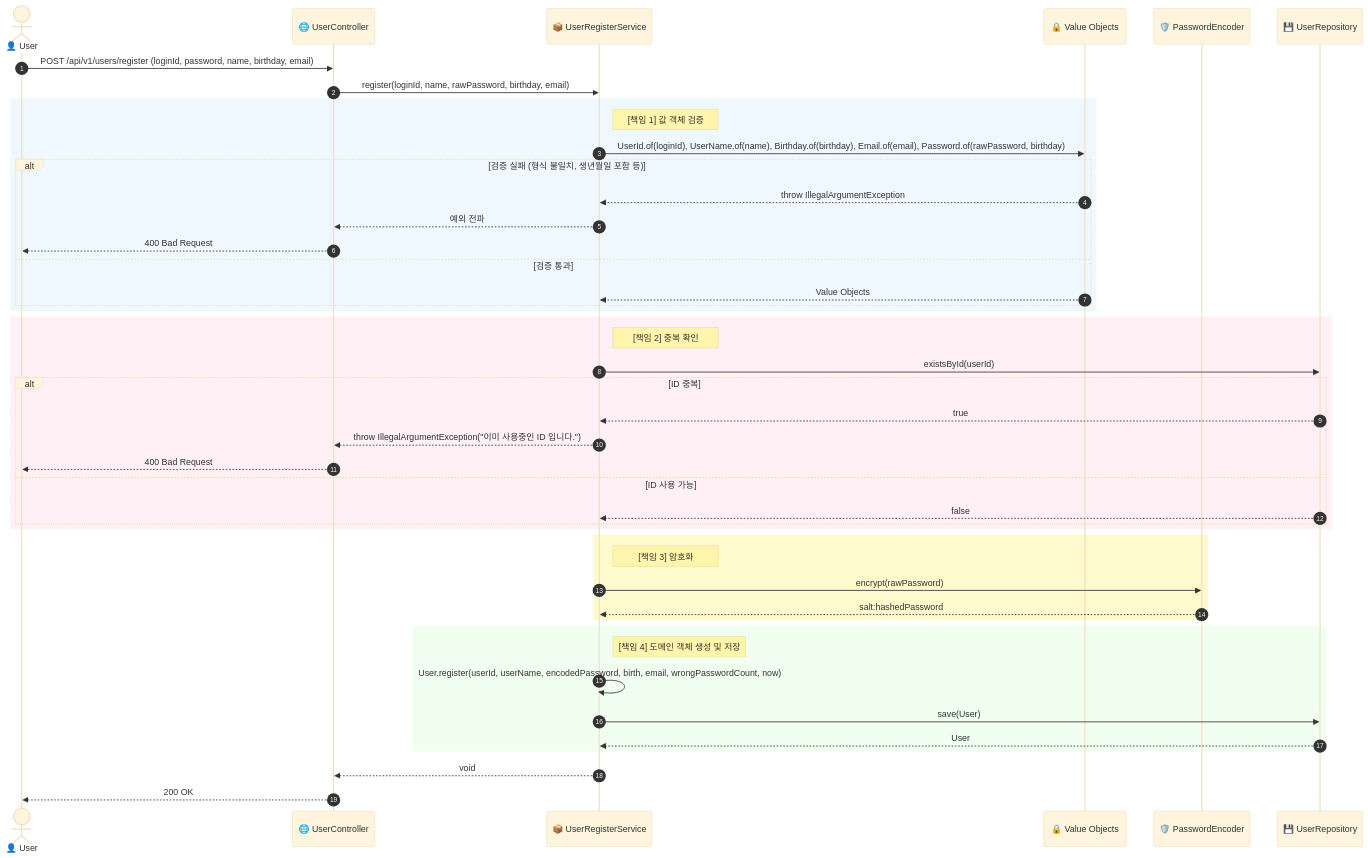
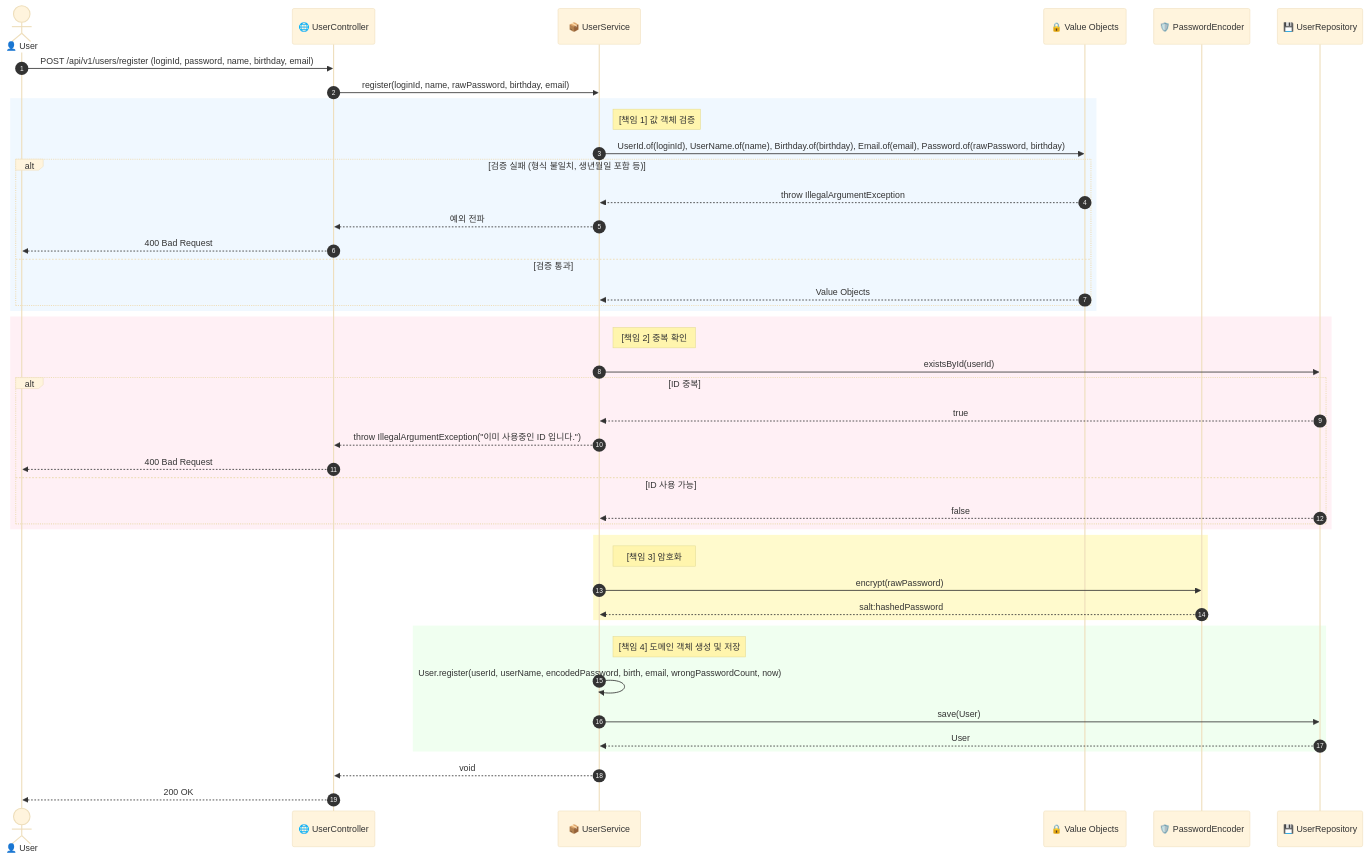
One commit to ukukdin/loop-pack-be-l2-vol3-java changed the first of 9 diagrams in .docs/design/02-sequence-diagrams.md. Above: the diagram before and after it, drawn with Mermaid (base theme). The commit also changed other lines of this file and 11 other files, not shown here.

````diff
--- a/.docs/design/02-sequence-diagrams.md
+++ b/.docs/design/02-sequence-diagrams.md
@@ -34,53 +30,53 @@
 ```mermaid
 sequenceDiagram
     autonumber
     actor User as 👤 User
     participant API as 🌐 UserController
-    participant Service as 📦 UserRegisterService
+    participant Service as 📦 UserService
     participant VO as 🔒 Value Objects
     participant Encoder as 🛡️ PasswordEncoder
     participant DB as 💾 UserRepository
 
     User->>API: POST /api/v1/users/register (loginId, password, name, birthday, email)
     API->>Service: register(loginId, name, rawPassword, birthday, email)
 
     rect rgb(240, 248, 255)
         Note right of Service: [책임 1] 값 객체 검증
         Service->>VO: UserId.of(loginId), UserName.of(name), Birthday.of(birthday), Email.of(email), Password.of(rawPassword, birthday)
         alt 검증 실패 (형식 불일치, 생년월일 포함 등)
             VO-->>Service: throw IllegalArgumentException
             Service-->>API: 예외 전파
             API-->>User: 400 Bad Request
         else 검증 통과
             VO-->>Service: Value Objects
         end
     end
 
     rect rgb(255, 240, 245)
         Note right of Service: [책임 2] 중복 확인
         Service->>DB: existsById(userId)
         alt ID 중복
             DB-->>Service: true
             Service-->>API: throw IllegalArgumentException("이미 사용중인 ID 입니다.")
             API-->>User: 400 Bad Request
         else ID 사용 가능
             DB-->>Service: false
         end
     end
 
     rect rgb(255, 250, 205)
         Note right of Service: [책임 3] 암호화
         Service->>Encoder: encrypt(rawPassword)
         Encoder-->>Service: salt:hashedPassword
     end
 
     rect rgb(240, 255, 240)
         Note right of Service: [책임 4] 도메인 객체 생성 및 저장
         Service->>Service: User.register(userId, userName, encodedPassword, birth, email, wrongPasswordCount, now)
         Service->>DB: save(User)
         DB-->>Service: User
     end
 
     Service-->>API: void
     API-->>User: 200 OK
 ```
````
